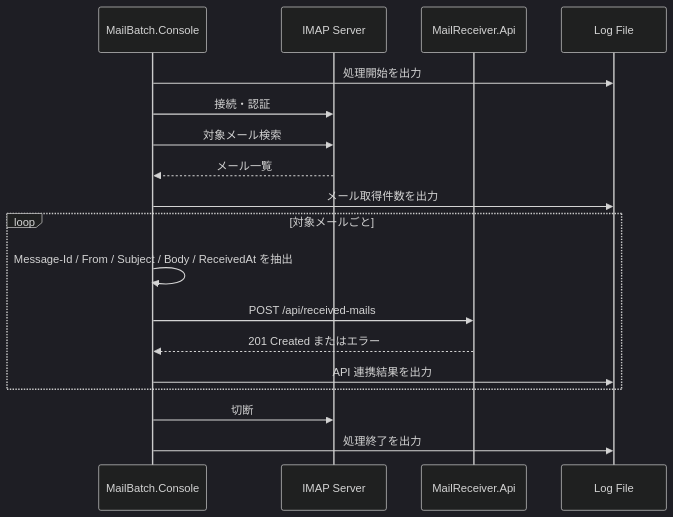
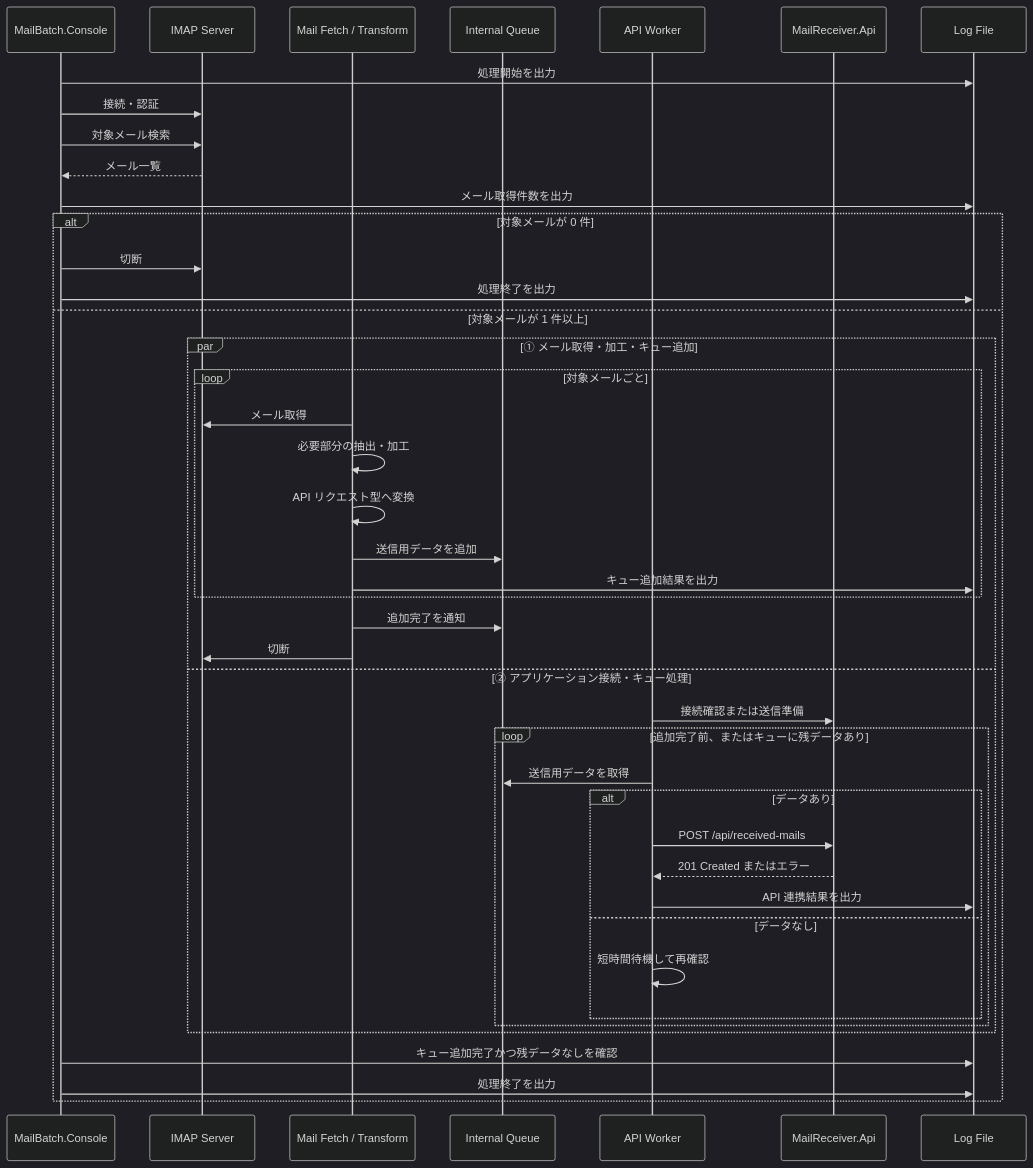
One commit to takaotokuno/MailLinkage changed the diagram in docs/03-application-design.md. Above: the diagram before and after it, drawn with Mermaid (dark theme). The commit also changed other lines of this file and 2 other files, not shown here.

Commit message:
Revise batch queue design

````diff
--- a/docs/03-application-design.md
+++ b/docs/03-application-design.md
@@ -15,21 +18,46 @@
 ```mermaid
 sequenceDiagram
     participant Batch as MailBatch.Console
     participant IMAP as IMAP Server
+    participant Producer as Mail Fetch / Transform
+    participant Queue as Internal Queue
+    participant Consumer as API Worker
     participant API as MailReceiver.Api
     participant Log as Log File
 
     Batch->>Log: 処理開始を出力
     Batch->>IMAP: 接続・認証
     Batch->>IMAP: 対象メール検索
     IMAP-->>Batch: メール一覧
     Batch->>Log: メール取得件数を出力
-    loop 対象メールごと
-        Batch->>Batch: Message-Id / From / Subject / Body / ReceivedAt を抽出
-        Batch->>API: POST /api/received-mails
-        API-->>Batch: 201 Created またはエラー
-        Batch->>Log: API 連携結果を出力
+    alt 対象メールが 0 件
+        Batch->>IMAP: 切断
+        Batch->>Log: 処理終了を出力
+    else 対象メールが 1 件以上
+        par ① メール取得・加工・キュー追加
+            loop 対象メールごと
+                Producer->>IMAP: メール取得
+                Producer->>Producer: 必要部分の抽出・加工
+                Producer->>Producer: API リクエスト型へ変換
+                Producer->>Queue: 送信用データを追加
+                Producer->>Log: キュー追加結果を出力
+            end
+            Producer->>Queue: 追加完了を通知
+            Producer->>IMAP: 切断
+        and ② アプリケーション接続・キュー処理
+            Consumer->>API: 接続確認または送信準備
+            loop 追加完了前、またはキューに残データあり
+                Consumer->>Queue: 送信用データを取得
+                alt データあり
+                    Consumer->>API: POST /api/received-mails
+                    API-->>Consumer: 201 Created またはエラー
+                    Consumer->>Log: API 連携結果を出力
+                else データなし
+                    Consumer->>Consumer: 短時間待機して再確認
+                end
+            end
+        end
+        Batch->>Log: キュー追加完了かつ残データなしを確認
+        Batch->>Log: 処理終了を出力
     end
-    Batch->>IMAP: 切断
-    Batch->>Log: 処理終了を出力
 ```
````
